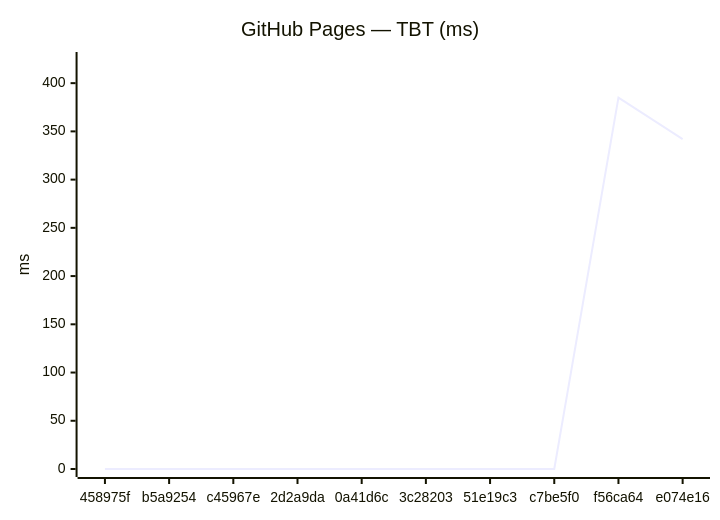
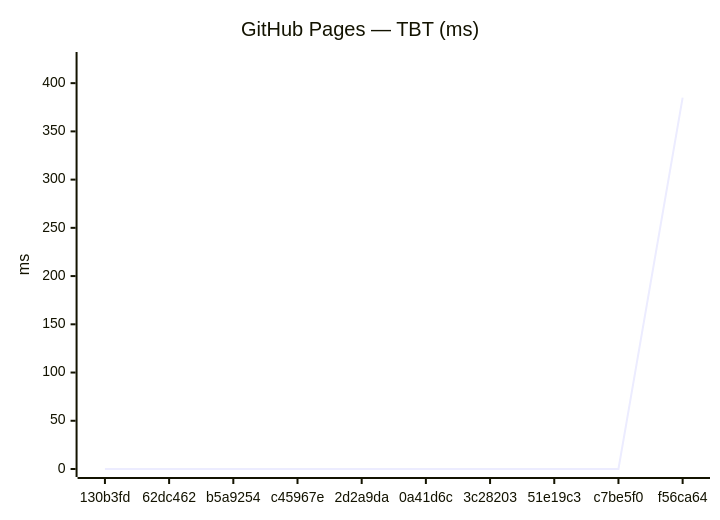
Before and after one commit to Metaheurist/Rianell: the fourth of 18 diagrams in benchmarks/compare.md, drawn with Mermaid. The commit also changed other lines of this file and 11 other files, not shown here.

````diff
--- a/benchmarks/compare.md
+++ b/benchmarks/compare.md
@@ -61,7 +61,7 @@
 ```mermaid
 xychart-beta
     title "GitHub Pages — TBT (ms)"
-    x-axis ["458975f", "b5a9254", "c45967e", "2d2a9da", "0a41d6c", "3c28203", "51e19c3", "c7be5f0", "f56ca64", "e074e16"]
+    x-axis ["130b3fd", "62dc462", "b5a9254", "c45967e", "2d2a9da", "0a41d6c", "3c28203", "51e19c3", "c7be5f0", "f56ca64"]
     y-axis "ms" 0 --> 424
-    line [0, 0, 0, 0, 0, 0, 0, 0, 385, 342]
+    line [0, 0, 0, 0, 0, 0, 0, 0, 0, 385]
 ```
````
